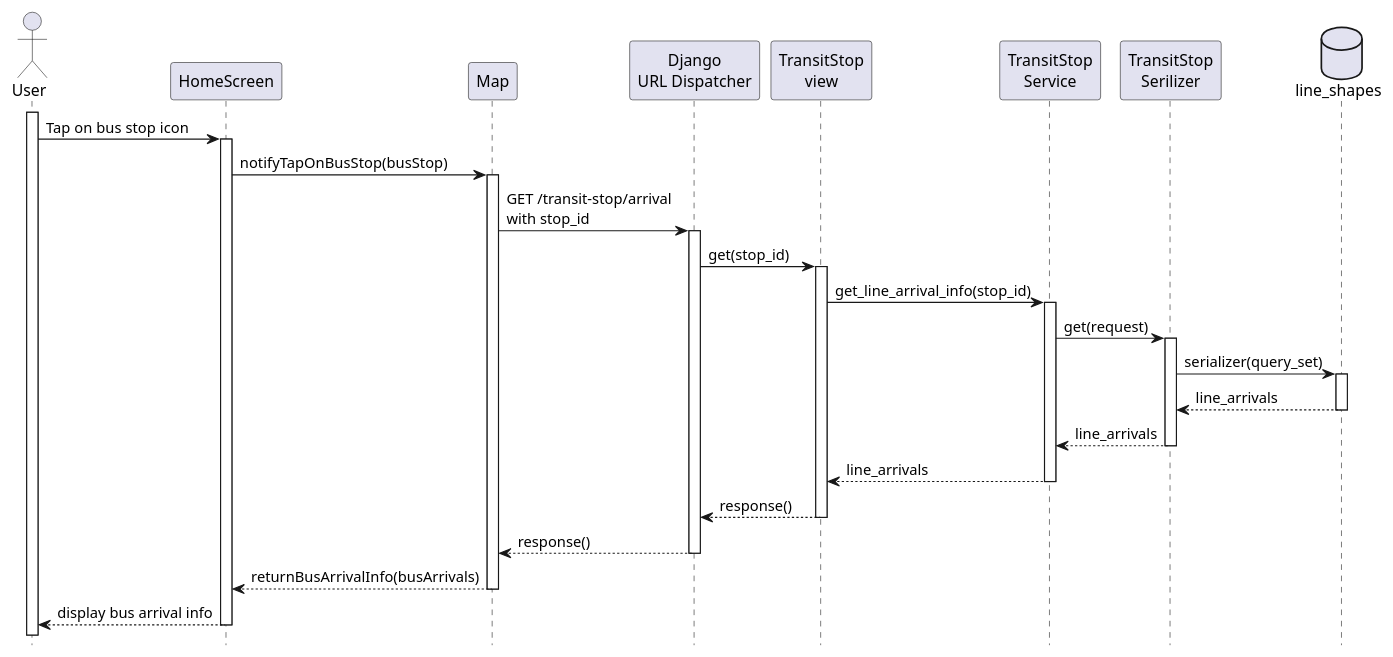
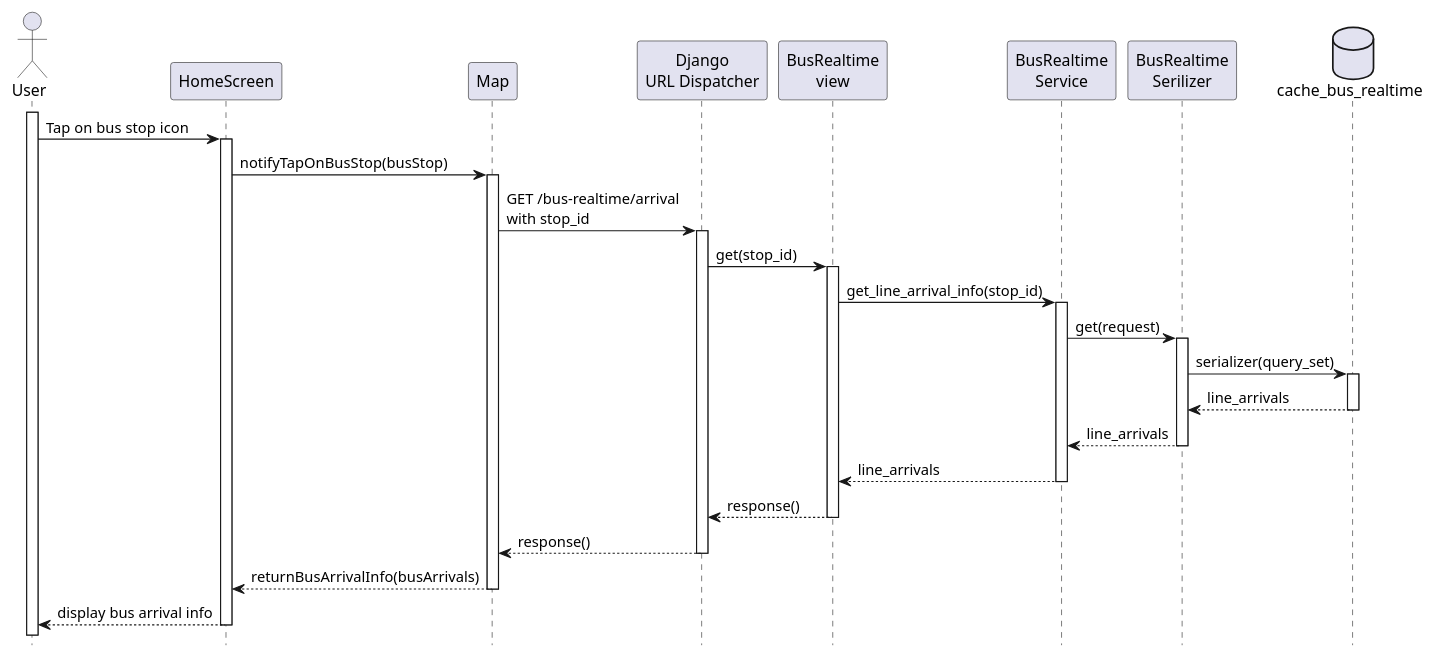
One commit to KMITL-BusBuddy/diagram changed the diagram in homescreen/get_bus_info_when_tap.puml. Above: the diagram before and after it, drawn with PlantUML. The commit also changed 8 other files, not shown here.

Commit message:
update latest diagram

```diff
--- a/homescreen/get_bus_info_when_tap.puml
+++ b/homescreen/get_bus_info_when_tap.puml
@@ -1,50 +1,50 @@
 @startuml bus_info
 
 hide footbox
 
 actor User
 participant HomeScreen as UI
 participant Map
 participant "Django\nURL Dispatcher" as API
-participant "TransitStop\nview" as view
-participant "TransitStop\nService" as service
-participant "TransitStop\nSerilizer" as serializer
-database "line_shapes" as table
+participant "BusRealtime\nview" as view
+participant "BusRealtime\nService" as service
+participant "BusRealtime\nSerilizer" as serializer
+database "cache_bus_realtime" as table
 
 
 activate User
 User -> UI: Tap on bus stop icon
 activate UI
 UI -> Map: notifyTapOnBusStop(busStop)
 activate Map
-Map -> API: GET /transit-stop/arrival \nwith stop_id
+Map -> API: GET /bus-realtime/arrival \nwith stop_id
 activate API
 
 ' API Call
 API -> view: get(stop_id)
 activate view
 view -> service: get_line_arrival_info(stop_id)
 activate service
 service -> serializer: get(request)
 activate serializer
 serializer -> table: serializer(query_set)
 activate table
 
 table --> serializer: line_arrivals
 deactivate table
 serializer --> service: line_arrivals
 deactivate serializer
 service --> view: line_arrivals
 deactivate service
 view --> API: response()
 deactivate view
 API --> Map: response()
 deactivate API
 
 ' Display bus arrival info
 Map --> UI: returnBusArrivalInfo(busArrivals)
 deactivate Map
 UI --> User: display bus arrival info
 deactivate UI
 
 @enduml
```
